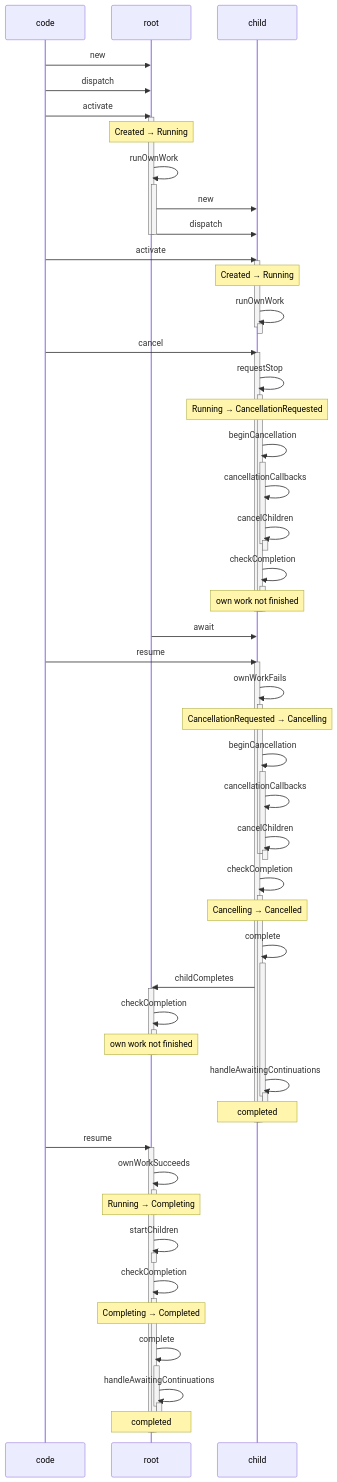
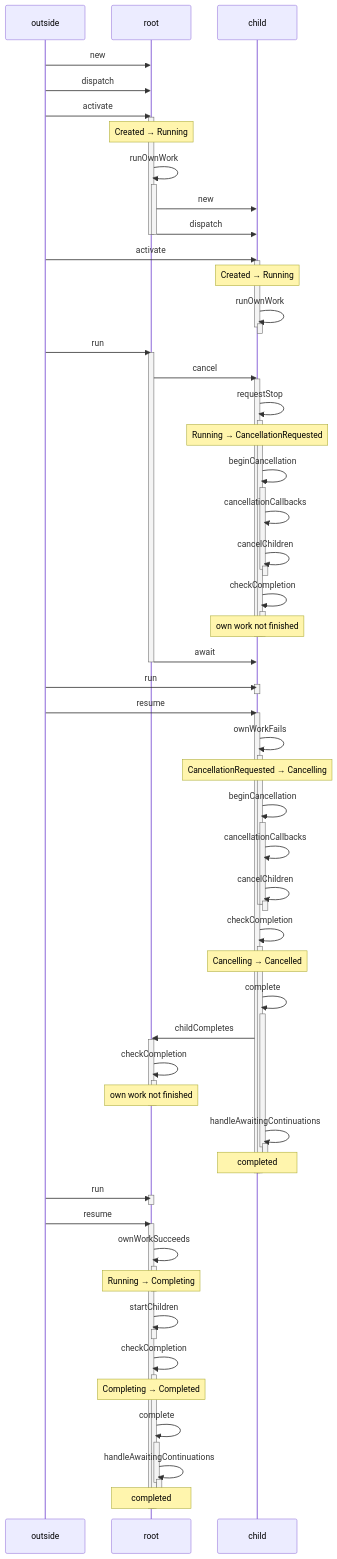
Before and after one commit to HaxeFoundation/hxcoro: the second of 4 diagrams in examples/task-trace/diagrams.md, drawn with Mermaid. The commit also changed other lines of this file and 8 other files, not shown here.

````diff
--- a/examples/task-trace/diagrams.md
+++ b/examples/task-trace/diagrams.md
@@ -90,11 +96,11 @@
 ```mermaid
 sequenceDiagram
-    participant code
+    participant outside
     participant T1 as root
     participant T2 as child
-    code->>T1: new
-    code->>T1: dispatch
-    code->>T1: activate
+    outside->>T1: new
+    outside->>T1: dispatch
+    outside->>T1: activate
     activate T1
     Note over T1: Created → Running
     T1->>T1: runOwnWork
@@ -103,14 +109,16 @@
     T1->>T2: dispatch
     deactivate T1
     deactivate T1
-    code->>T2: activate
+    outside->>T2: activate
     activate T2
     Note over T2: Created → Running
     T2->>T2: runOwnWork
     activate T2
     deactivate T2
     deactivate T2
-    code->>T2: cancel
+    outside->>T1: run
+    activate T1
+    T1->>T2: cancel
     activate T2
     T2->>T2: requestStop
     activate T2
@@ -129,7 +137,11 @@
     deactivate T2
     deactivate T2
     T1->>T2: await
-    code->>T2: resume
+    deactivate T1
+    outside->>T2: run
+    activate T2
+    deactivate T2
+    outside->>T2: resume
     activate T2
     T2->>T2: ownWorkFails
     activate T2
@@ -161,7 +173,10 @@
     Note over T2: completed
     deactivate T2
     deactivate T2
-    code->>T1: resume
+    outside->>T1: run
+    activate T1
+    deactivate T1
+    outside->>T1: resume
     activate T1
     T1->>T1: ownWorkSucceeds
     activate T1
````
